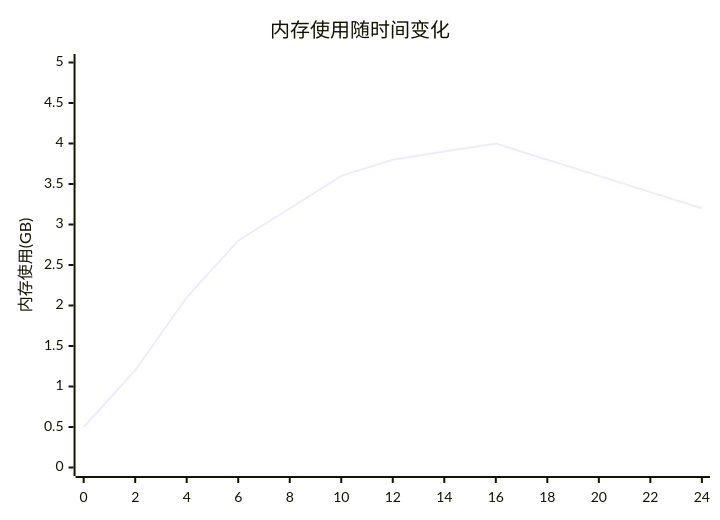
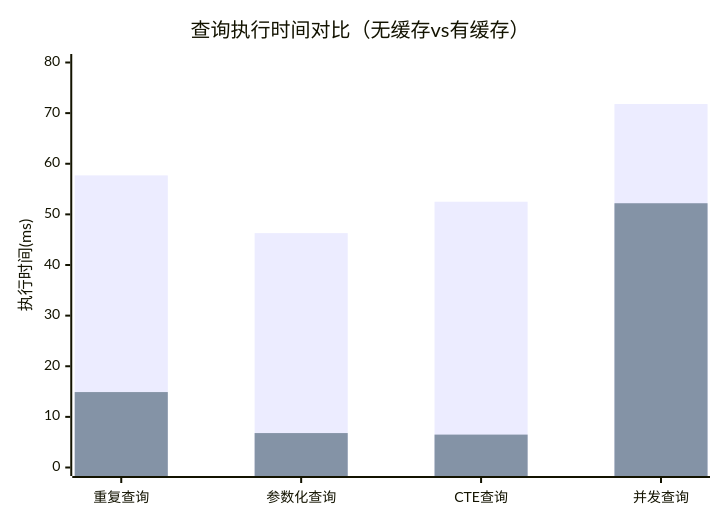
The seventh of 34 diagrams in md/第五章-实验与分析.md (crazypenguincode/duckdb), drawn with Mermaid before and after one commit. The commit also changed other lines of this file and 28 other files, not shown here.

````diff
--- a/md/第五章-实验与分析.md
+++ b/md/第五章-实验与分析.md
@@ -547,7 +619,8 @@
 ```mermaid
 xychart-beta
-    title "内存使用随时间变化"
-    x-axis [0, 2, 4, 6, 8, 10, 12, 14, 16, 18, 20, 22, 24]
-    y-axis "内存使用(GB)" 0 --> 5
-    line [0.5, 1.2, 2.1, 2.8, 3.2, 3.6, 3.8, 3.9, 4.0, 3.8, 3.6, 3.4, 3.2]
+    title "查询执行时间对比（无缓存vs有缓存）"
+    x-axis ["重复查询", "参数化查询", "CTE查询", "并发查询"]
+    y-axis "执行时间(ms)" 0 --> 80
+    bar [57.7, 46.3, 52.5, 71.8]
+    bar [14.9, 6.8, 6.5, 52.2]
 ```
````
